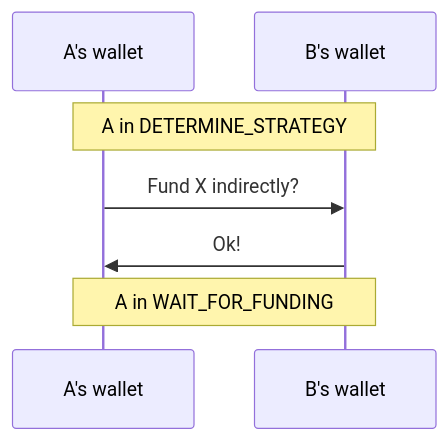
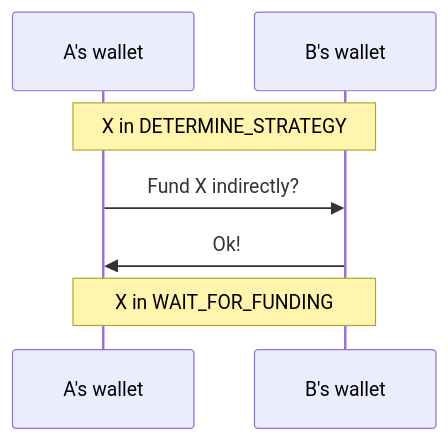
One commit to magmo/apps changed the first of 4 diagrams in packages/wallet/notes/indirect_funding_proposal.md. Above: the diagram before and after it, drawn with Mermaid. The commit also changed other lines of this file, not shown here.

````diff
--- a/packages/wallet/notes/indirect_funding_proposal.md
+++ b/packages/wallet/notes/indirect_funding_proposal.md
@@ -26,12 +26,13 @@
 ```mermaid
 sequenceDiagram
     participant wltA as A's wallet
     participant wltB as B's wallet
 
-    Note over wltA, wltB: A in DETERMINE_STRATEGY
+    Note over wltA, wltB: X in DETERMINE_STRATEGY
+
 
     wltA->>wltB: Fund X indirectly?
     wltB->>wltA: Ok!
 
-    Note over wltA, wltB: A in WAIT_FOR_FUNDING
+    Note over wltA, wltB: X in WAIT_FOR_FUNDING
 ```
````
